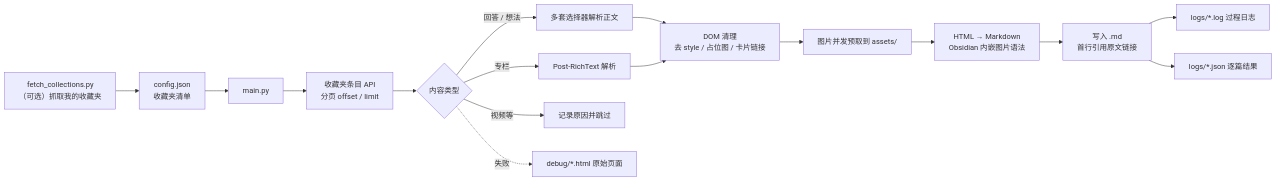
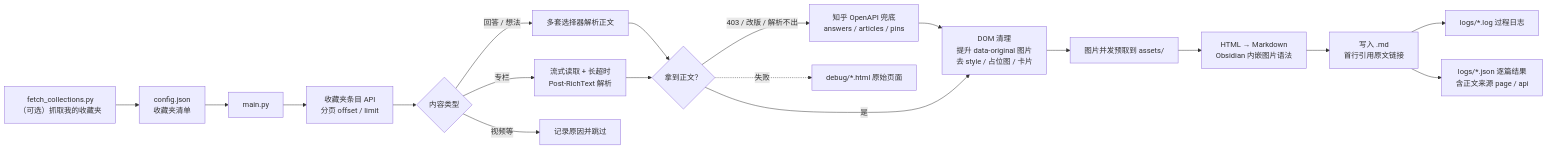
The diagram in README.md (Guyungy/Export-Zhihu-Collections), drawn with Mermaid before and after one commit. The commit also changed other lines of this file and 10 other files, not shown here.

First line of the commit message:
feat: 正文 API 兜底 + 专栏流式读取，并还原懒加载图片

````diff
--- a/README.md
+++ b/README.md
@@ -250,22 +264,26 @@
 ```mermaid
 flowchart LR
     A["config.json<br/>收藏夹清单"] --> C["main.py"]
     B["fetch_collections.py<br/>（可选）抓取我的收藏夹"] --> A
 
     C --> D["收藏夹条目 API<br/>分页 offset / limit"]
     D --> E{"内容类型"}
 
     E -->|回答 / 想法| F["多套选择器解析正文"]
-    E -->|专栏| G["Post-RichText 解析"]
+    E -->|专栏| G["流式读取 + 长超时<br/>Post-RichText 解析"]
     E -->|视频等| H["记录原因并跳过"]
 
-    F --> I["DOM 清理<br/>去 style / 占位图 / 卡片链接"]
-    G --> I
+    F --> Q{"拿到正文？"}
+    G --> Q
+    Q -->|"403 / 改版 / 解析不出"| R["知乎 OpenAPI 兜底<br/>answers / articles / pins"]
+    R --> I
+    Q -->|是| I["DOM 清理<br/>提升 data-original 图片<br/>去 style / 占位图 / 卡片"]
+
     I --> J["图片并发预取到 assets/"]
     J --> K["HTML → Markdown<br/>Obsidian 内嵌图片语法"]
     K --> L["写入 .md<br/>首行引用原文链接"]
 
     L --> M["logs/*.log 过程日志"]
-    L --> N["logs/*.json 逐篇结果"]
-    E -.失败.-> O["debug/*.html 原始页面"]
+    L --> N["logs/*.json 逐篇结果<br/>含正文来源 page / api"]
+    Q -.失败.-> O["debug/*.html 原始页面"]
 ```
````
